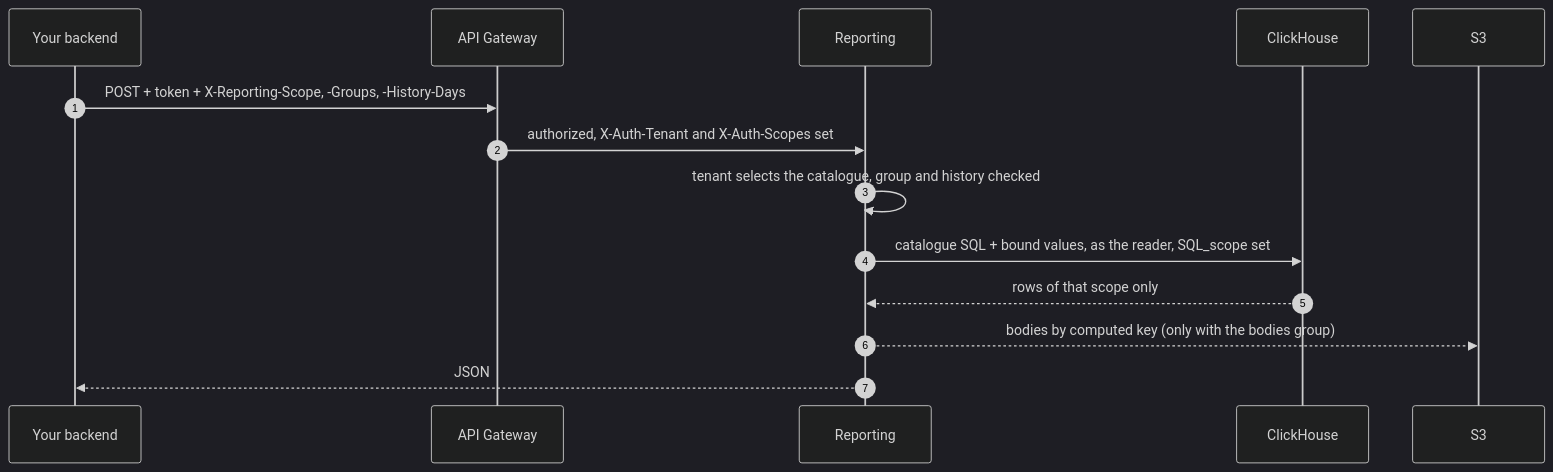
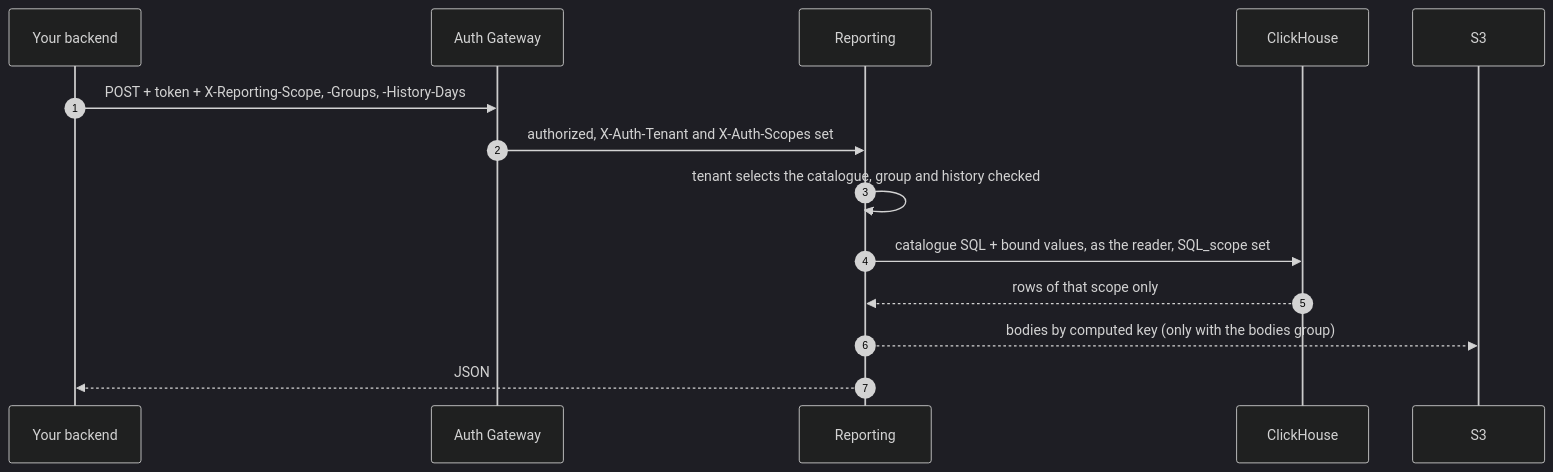
One commit to Labs64/labs64.io-docs changed the diagram in modules/reporting/index.md. Above: the diagram before and after it, drawn with Mermaid (dark theme). The commit also changed 8 other files, not shown here.

Commit message:
Call the authproxy component Auth Gateway in prose and correct stale claims

````diff
--- a/modules/reporting/index.md
+++ b/modules/reporting/index.md
@@ -28,16 +28,16 @@
 ```mermaid
 sequenceDiagram
     autonumber
     participant B as Your backend
-    participant G as API Gateway
+    participant G as Auth Gateway
     participant R as Reporting
     participant C as ClickHouse
     participant S as S3
     B->>G: POST + token + X-Reporting-Scope, -Groups, -History-Days
     G->>R: authorized, X-Auth-Tenant and X-Auth-Scopes set
     R->>R: tenant selects the catalogue, group and history checked
     R->>C: catalogue SQL + bound values, as the reader, SQL_scope set
     C-->>R: rows of that scope only
     R-->>S: bodies by computed key (only with the bodies group)
     R-->>B: JSON
 ```
````
